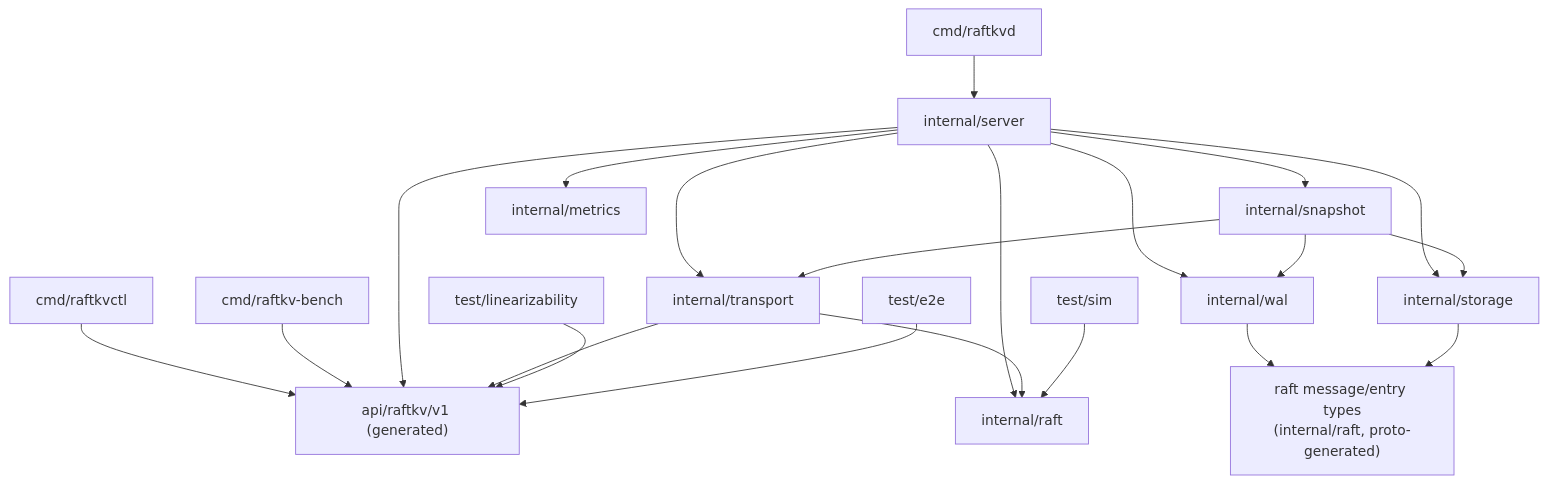
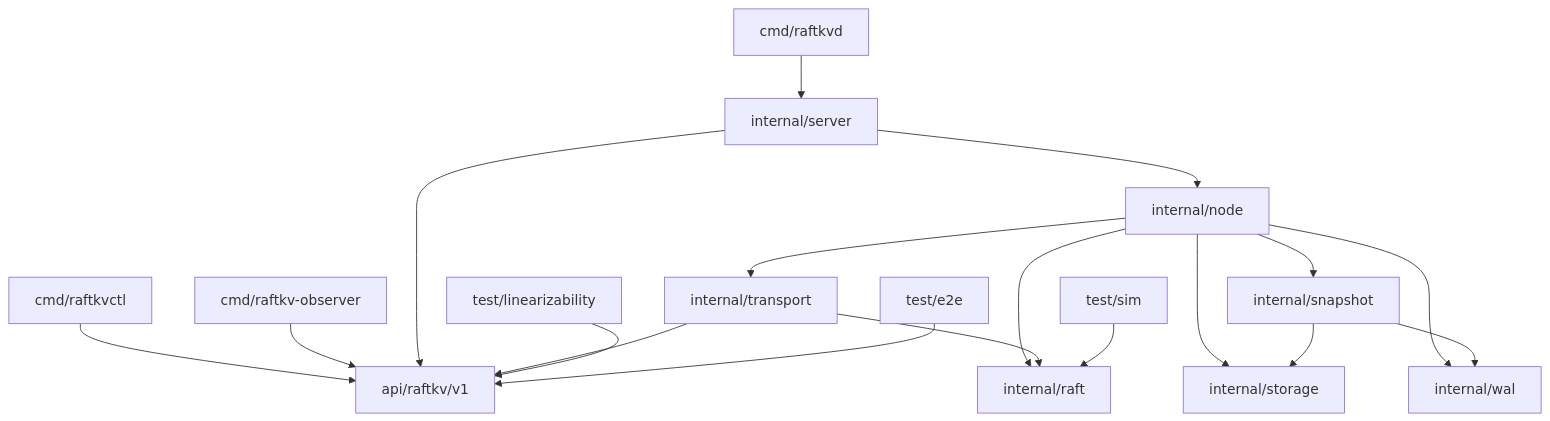
Before and after one commit to bibekgupta3333/raftkv-distributed-store: the fifth of 5 diagrams in docs/architecture.md, drawn with Mermaid. The commit also changed other lines of this file and 3 other files, not shown here.

First line of the commit message:
docs: simplify architecture, system, API and storage design

````diff
--- a/docs/architecture.md
+++ b/docs/architecture.md
@@ -376,23 +312,20 @@
 ```mermaid
 flowchart TD
     cmd_d["cmd/raftkvd"] --> server
     cmd_ctl["cmd/raftkvctl"] --> api
-    cmd_bench["cmd/raftkv-bench"] --> api
-    server["internal/server"] --> raft["internal/raft"]
-    server --> wal["internal/wal"]
-    server --> storage["internal/storage"]
-    server --> snapshot["internal/snapshot"]
-    server --> transport["internal/transport"]
-    server --> metrics["internal/metrics"]
-    server --> api["api/raftkv/v1 (generated)"]
+    cmd_obs["cmd/raftkv-observer"] --> api
+    server["internal/server"] --> node["internal/node"]
+    server --> api["api/raftkv/v1"]
+    node --> raft["internal/raft"]
+    node --> wal["internal/wal"]
+    node --> storage["internal/storage"]
+    node --> snapshot["internal/snapshot"]
+    node --> transport["internal/transport"]
     transport --> api
     transport --> raft
     snapshot --> storage
     snapshot --> wal
-    snapshot --> transport
-    wal --> raftpb["raft message/entry types<br/>(internal/raft, proto-generated)"]
-    storage --> raftpb
     sim["test/sim"] --> raft
     lin["test/linearizability"] --> api
     e2e["test/e2e"] --> api
 ```
````
